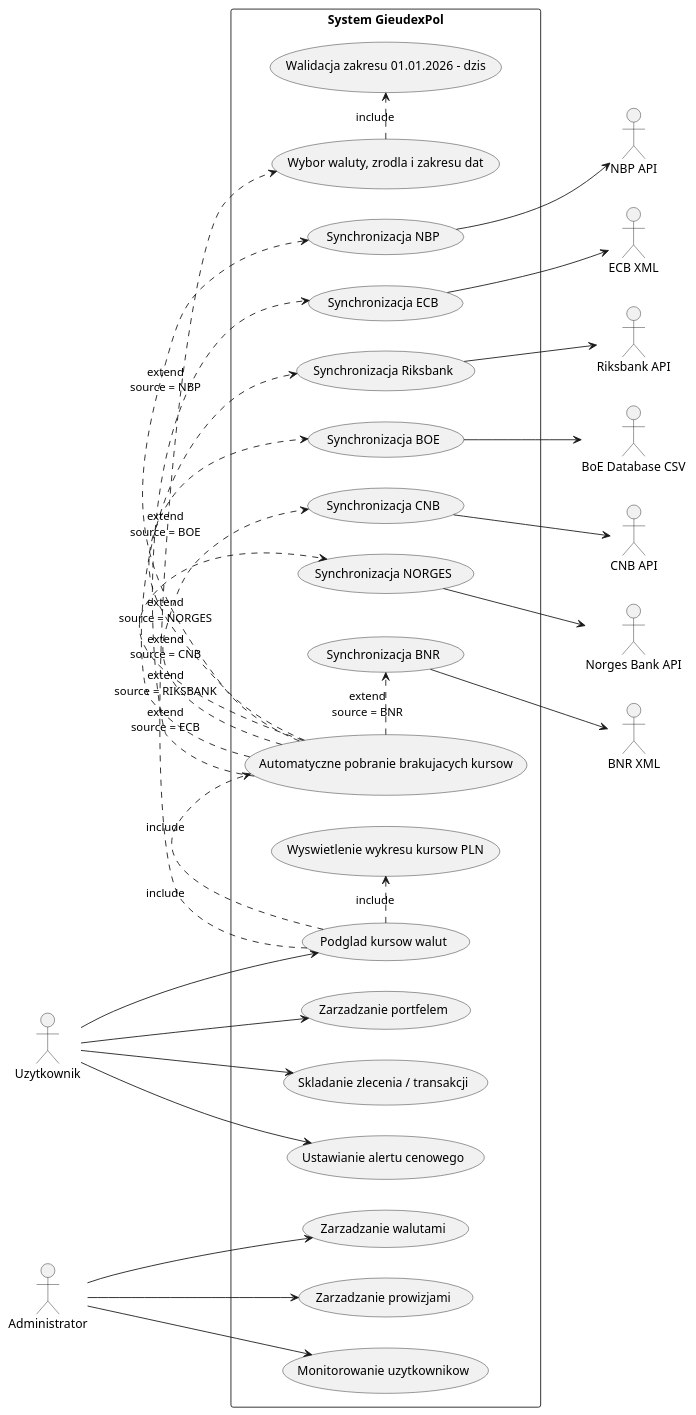
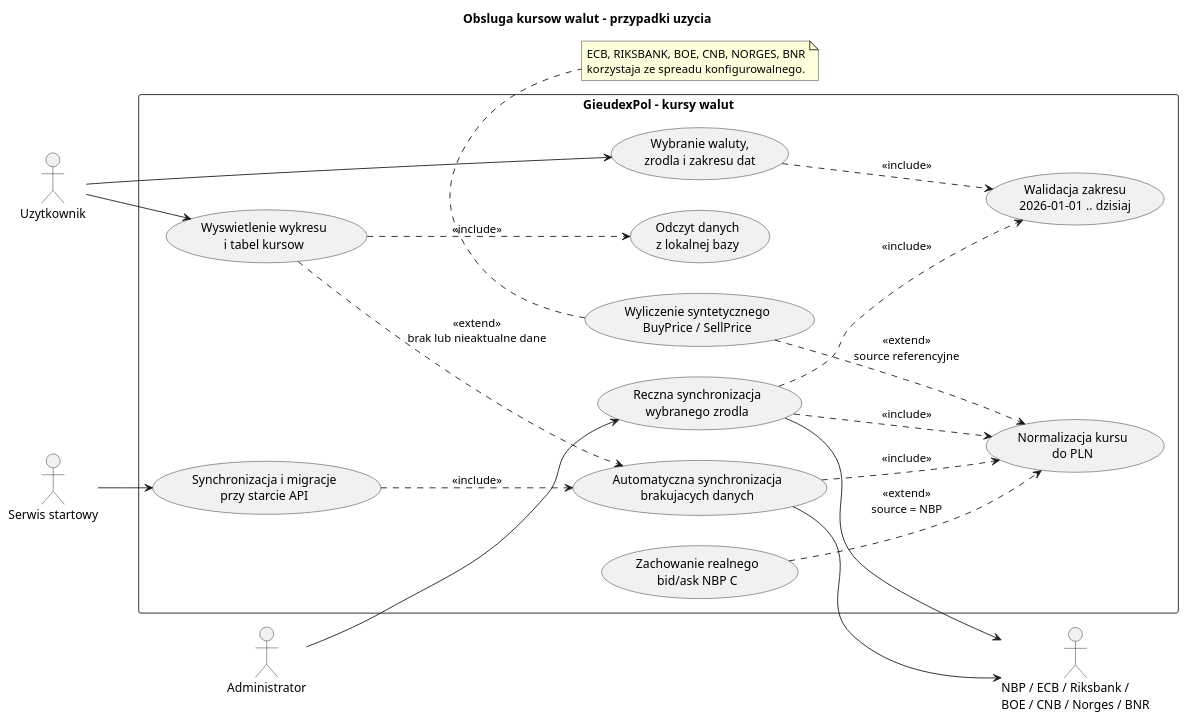
One commit to kacluc/GieudexPol changed the diagram in UML/KursyWalut/PrzypadkiUzyciaPobieraniaKursow.puml. Above: the diagram before and after it, drawn with PlantUML. The commit also changed 59 other files, not shown here.

```diff
--- a/UML/KursyWalut/PrzypadkiUzyciaPobieraniaKursow.puml
+++ b/UML/KursyWalut/PrzypadkiUzyciaPobieraniaKursow.puml
@@ -1,64 +1,47 @@
 @startuml
+title Obsluga kursow walut - przypadki uzycia
 left to right direction
 skinparam packageStyle rectangle
 
-actor "Uzytkownik" as UserActor
-actor "Administrator" as AdminActor
-actor "NBP API" as NbpApi
-actor "ECB XML" as EcbApi
-actor "Riksbank API" as RiksbankApi
-actor "BoE Database CSV" as BoeApi
-actor "CNB API" as CnbApi
-actor "Norges Bank API" as NorgesApi
-actor "BNR XML" as BnrApi
+actor Uzytkownik as User
+actor Administrator as Admin
+actor "Serwis startowy" as Startup
+actor "NBP / ECB / Riksbank /\nBOE / CNB / Norges / BNR" as Providers
 
-rectangle "System GieudexPol" {
-  (Zarzadzanie portfelem) as UC1
-  (Skladanie zlecenia / transakcji) as UC2
-  (Ustawianie alertu cenowego) as UC3
-  (Podglad kursow walut) as UC4
-  (Wybor waluty, zrodla i zakresu dat) as UC4a
-  (Walidacja zakresu 01.01.2026 - dzis) as UC4g
-  (Automatyczne pobranie brakujacych kursow) as UC4b
-  (Synchronizacja NBP) as UC4c
-  (Synchronizacja ECB) as UC4d
-  (Synchronizacja Riksbank) as UC4f
-  (Synchronizacja BOE) as UC4h
-  (Synchronizacja CNB) as UC4i
-  (Synchronizacja NORGES) as UC4j
-  (Synchronizacja BNR) as UC4k
-  (Wyswietlenie wykresu kursow PLN) as UC4e
-
-  (Zarzadzanie walutami) as UC5
-  (Zarzadzanie prowizjami) as UC6
-  (Monitorowanie uzytkownikow) as UC7
+rectangle "GieudexPol - kursy walut" {
+  usecase "Wybranie waluty,\nzrodla i zakresu dat" as Select
+  usecase "Walidacja zakresu\n2026-01-01 .. dzisiaj" as Validate
+  usecase "Wyswietlenie wykresu\ni tabel kursow" as Display
+  usecase "Odczyt danych\nz lokalnej bazy" as ReadCache
+  usecase "Automatyczna synchronizacja\nbrakujacych danych" as AutoSync
+  usecase "Normalizacja kursu\ndo PLN" as Normalize
+  usecase "Zachowanie realnego\nbid/ask NBP C" as NbpBidAsk
+  usecase "Wyliczenie syntetycznego\nBuyPrice / SellPrice" as Synthetic
+  usecase "Reczna synchronizacja\nwybranego zrodla" as ManualSync
+  usecase "Synchronizacja i migracje\nprzy starcie API" as StartupSync
 }
 
-UserActor --> UC1
-UserActor --> UC2
-UserActor --> UC3
-UserActor --> UC4
-UC4 .> UC4a : include
-UC4a .> UC4g : include
-UC4 .> UC4b : include
-UC4 .> UC4e : include
+User --> Select
+User --> Display
+Select ..> Validate : <<include>>
+Display ..> ReadCache : <<include>>
+Display ..> AutoSync : <<extend>>\nbrak lub nieaktualne dane
 
-UC4b .> UC4c : extend\nsource = NBP
-UC4b .> UC4d : extend\nsource = ECB
-UC4b .> UC4f : extend\nsource = RIKSBANK
-UC4b .> UC4h : extend\nsource = BOE
-UC4b .> UC4i : extend\nsource = CNB
-UC4b .> UC4j : extend\nsource = NORGES
-UC4b .> UC4k : extend\nsource = BNR
-UC4c --> NbpApi
-UC4d --> EcbApi
-UC4f --> RiksbankApi
-UC4h --> BoeApi
-UC4i --> CnbApi
-UC4j --> NorgesApi
-UC4k --> BnrApi
+AutoSync ..> Normalize : <<include>>
+NbpBidAsk ..> Normalize : <<extend>>\nsource = NBP
+Synthetic ..> Normalize : <<extend>>\nsource referencyjne
+AutoSync --> Providers
 
-AdminActor --> UC5
-AdminActor --> UC6
-AdminActor --> UC7
+Admin --> ManualSync
+ManualSync ..> Validate : <<include>>
+ManualSync ..> Normalize : <<include>>
+ManualSync --> Providers
+
+Startup --> StartupSync
+StartupSync ..> AutoSync : <<include>>
+
+note bottom of Synthetic
+ECB, RIKSBANK, BOE, CNB, NORGES, BNR
+korzystaja ze spreadu konfigurowalnego.
+end note
 @enduml
```
